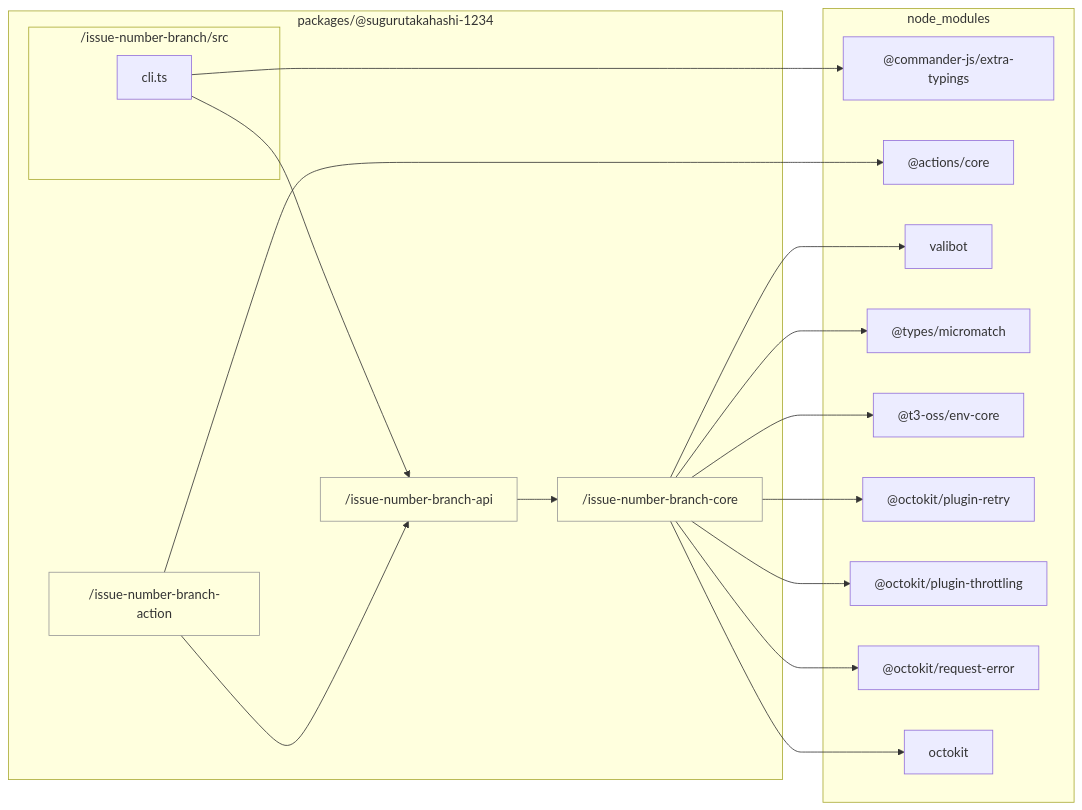
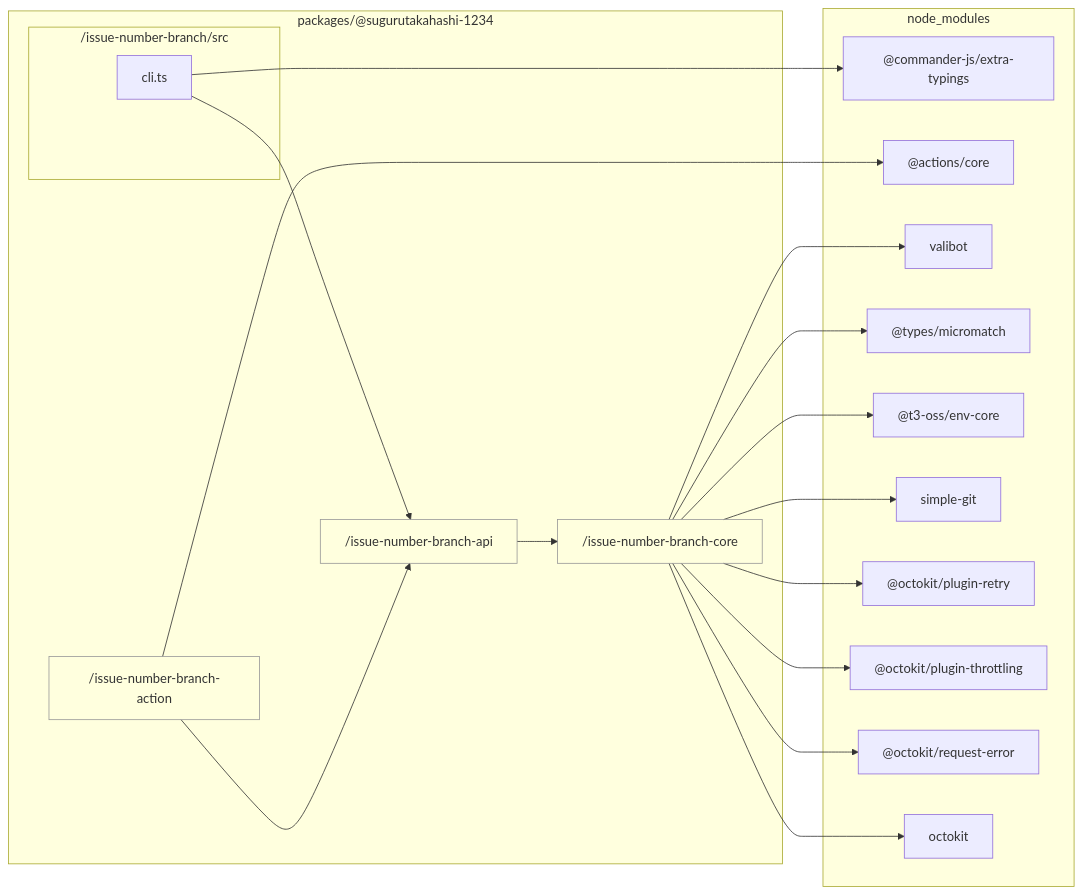
The diagram in docs/reports/dependencies/cli.md (sugurutakahashi-1234/issue-linker), drawn with Mermaid before and after one commit. The commit also changed 21 other files, not shown here.

````diff
--- a/docs/reports/dependencies/cli.md
+++ b/docs/reports/dependencies/cli.md
@@ -7,35 +7,37 @@
 ```mermaid
 flowchart LR
     classDef dir fill:#0000,stroke:#999
     subgraph packages///sugurutakahashi//1234["packages/@sugurutakahashi-1234"]
         packages///sugurutakahashi//1234/issue//number//branch//core["/issue-number-branch-core"]:::dir
         packages///sugurutakahashi//1234/issue//number//branch//api["/issue-number-branch-api"]:::dir
         packages///sugurutakahashi//1234/issue//number//branch//action["/issue-number-branch-action"]:::dir
         subgraph packages///sugurutakahashi//1234/issue//number//branch/src["/issue-number-branch/src"]
             packages///sugurutakahashi//1234/issue//number//branch/src/cli.ts["cli.ts"]
         end
     end
     subgraph node//modules["node_modules"]
         node//modules///commander//js/extra//typings/index.d.ts["@commander-js/extra-typings"]
         node//modules///actions/core/lib/core.d.ts["@actions/core"]
         node//modules/valibot/dist/index.d.cts["valibot"]
         node//modules///types/micromatch/index.d.ts["@types/micromatch"]
         node//modules///t3//oss/env//core/dist/index.d.ts["@t3-oss/env-core"]
+        node//modules/simple//git/dist/typings/index.d.ts["simple-git"]
         node//modules///octokit/plugin//retry/dist//types/index.d.ts["@octokit/plugin-retry"]
         node//modules///octokit/plugin//throttling/dist//types/index.d.ts["@octokit/plugin-throttling"]
         node//modules///octokit/request//error/dist//types/index.d.ts["@octokit/request-error"]
         node//modules/octokit/dist//types/index.d.ts["octokit"]
     end
     packages///sugurutakahashi//1234/issue//number//branch//api-->packages///sugurutakahashi//1234/issue//number//branch//core
     packages///sugurutakahashi//1234/issue//number//branch/src/cli.ts-->node//modules///commander//js/extra//typings/index.d.ts
     packages///sugurutakahashi//1234/issue//number//branch/src/cli.ts-->packages///sugurutakahashi//1234/issue//number//branch//api
     packages///sugurutakahashi//1234/issue//number//branch//action-->node//modules///actions/core/lib/core.d.ts
     packages///sugurutakahashi//1234/issue//number//branch//action-->packages///sugurutakahashi//1234/issue//number//branch//api
     packages///sugurutakahashi//1234/issue//number//branch//core-->node//modules/valibot/dist/index.d.cts
     packages///sugurutakahashi//1234/issue//number//branch//core-->node//modules///types/micromatch/index.d.ts
     packages///sugurutakahashi//1234/issue//number//branch//core-->node//modules///t3//oss/env//core/dist/index.d.ts
+    packages///sugurutakahashi//1234/issue//number//branch//core-->node//modules/simple//git/dist/typings/index.d.ts
     packages///sugurutakahashi//1234/issue//number//branch//core-->node//modules///octokit/plugin//retry/dist//types/index.d.ts
     packages///sugurutakahashi//1234/issue//number//branch//core-->node//modules///octokit/plugin//throttling/dist//types/index.d.ts
     packages///sugurutakahashi//1234/issue//number//branch//core-->node//modules///octokit/request//error/dist//types/index.d.ts
     packages///sugurutakahashi//1234/issue//number//branch//core-->node//modules/octokit/dist//types/index.d.ts
 ```
````
